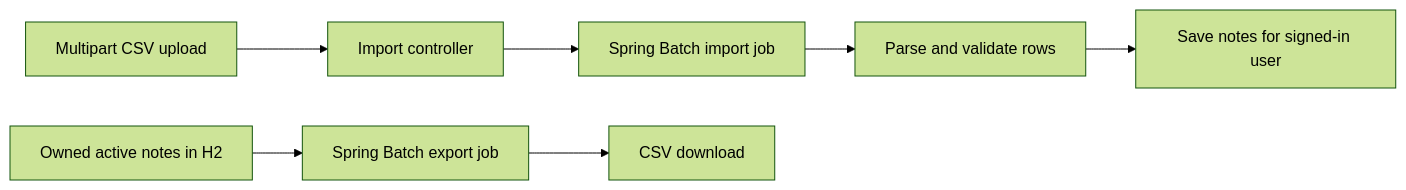
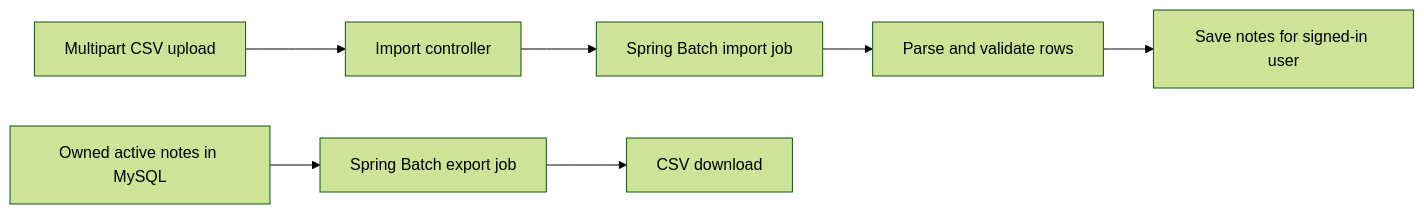
The fifth of 5 diagrams in README.md (Mihir-Lakhani/Bridgelabz-Fundoo-Notes), drawn with Mermaid (forest theme) before and after one commit. The commit also changed other lines of this file, not shown here.

Commit message:
[Mihir Lakhani] : Document MySQL setup

````diff
--- a/README.md
+++ b/README.md
@@ -229,9 +232,9 @@
 ```mermaid
 flowchart LR
     Upload["Multipart CSV upload"] --> ImportController["Import controller"]
     ImportController --> ImportJob["Spring Batch import job"]
     ImportJob --> Parse["Parse and validate rows"]
     Parse --> Save["Save notes for signed-in user"]
-    Notes["Owned active notes in H2"] --> ExportJob["Spring Batch export job"]
+    Notes["Owned active notes in MySQL"] --> ExportJob["Spring Batch export job"]
     ExportJob --> Download["CSV download"]
 ```
````
